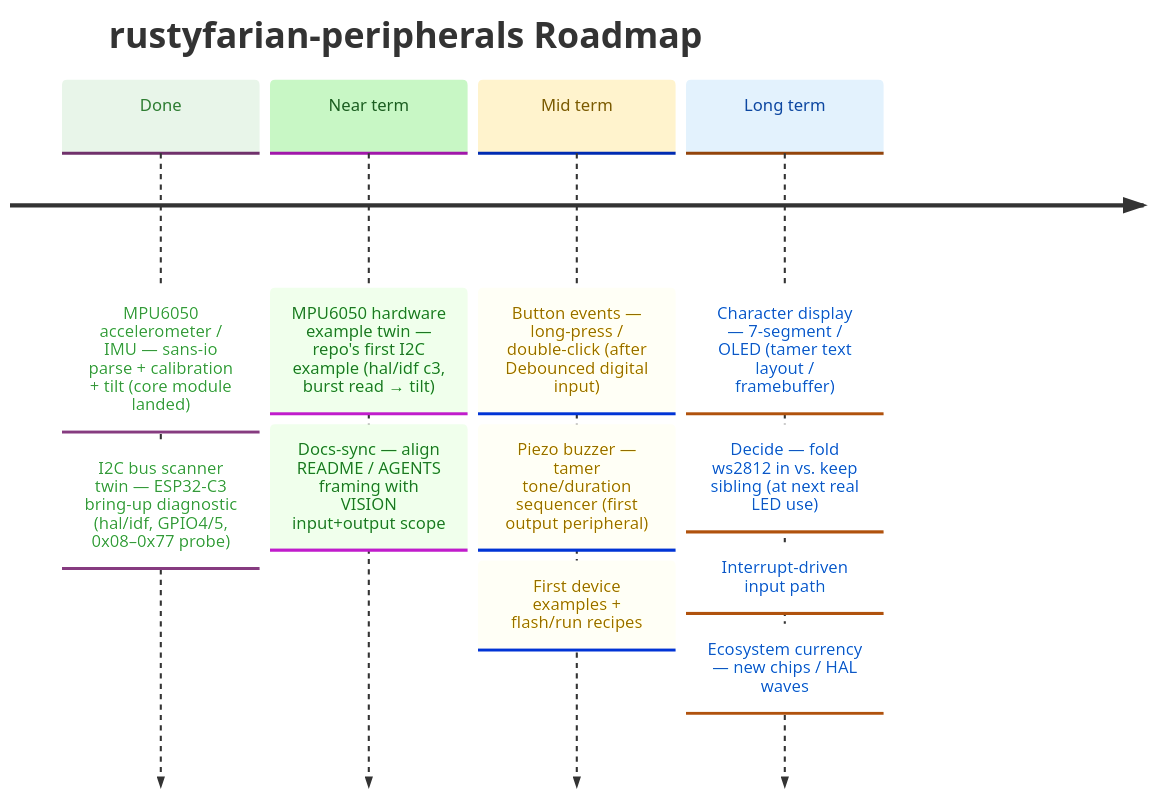
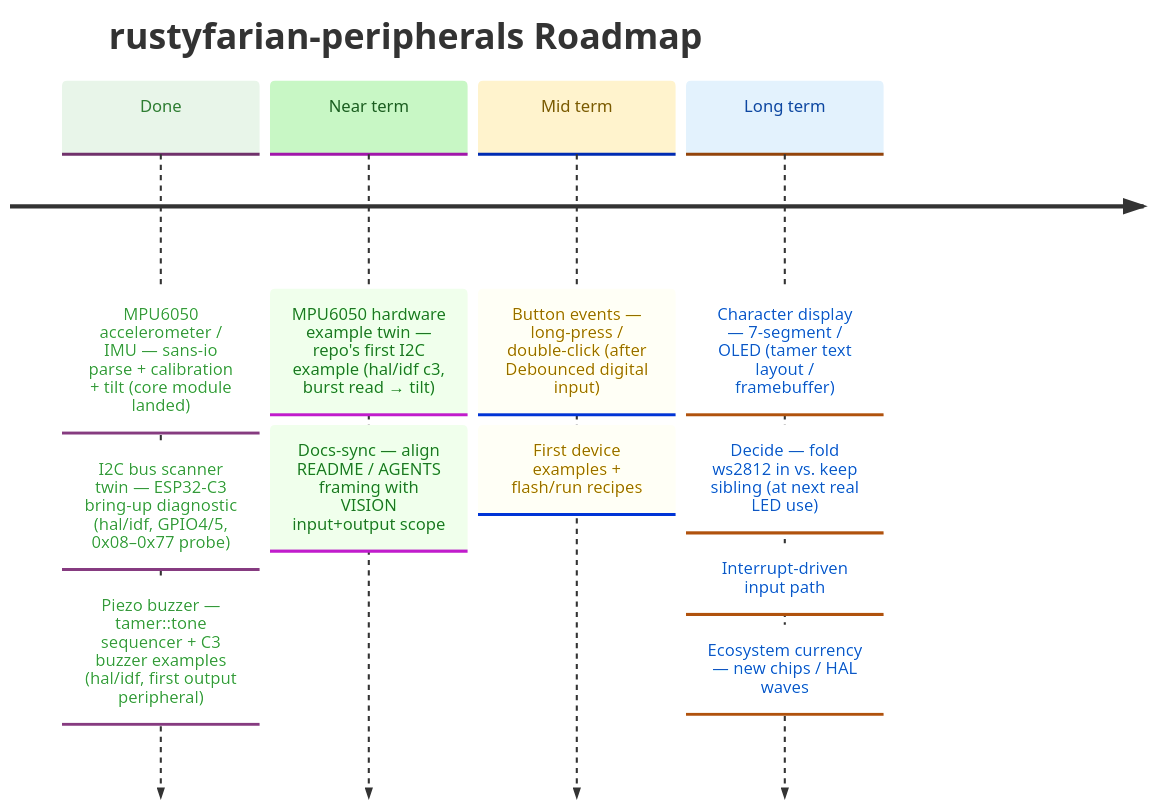
Before and after one commit to datenkollektiv/rustyfarian-peripherals: the diagram in docs/ROADMAP.md, drawn with Mermaid. The commit also changed other lines of this file and 10 other files, not shown here.

First line of the commit message:
Add `tamer::tone` for pure tone/duration sequencing

````diff
--- a/docs/ROADMAP.md
+++ b/docs/ROADMAP.md
@@ -16,33 +16,33 @@
 ```mermaid
 %%{init: {
   "theme": "base",
   "themeVariables": {
     "cScale0": "#e8f5e9",
     "cScaleLabel0": "#2e7d32",
     "cScale1": "#c8f7c5",
     "cScaleLabel1": "#1b5e20",
     "cScale2": "#fff3cd",
     "cScaleLabel2": "#7a5a00",
     "cScale3": "#e3f2fd",
     "cScaleLabel3": "#0d47a1"
   }
 }}%%
 
 timeline
     title rustyfarian-peripherals Roadmap
 
     Done      : MPU6050 accelerometer / IMU — sans-io parse + calibration + tilt (core module landed)
               : I2C bus scanner twin — ESP32-C3 bring-up diagnostic (hal/idf, GPIO4/5, 0x08–0x77 probe)
+              : Piezo buzzer — tamer::tone sequencer + C3 buzzer examples (hal/idf, first output peripheral)
 
     Near term : MPU6050 hardware example twin — repo's first I2C example (hal/idf c3, burst read → tilt)
               : Docs-sync — align README / AGENTS framing with VISION input+output scope
 
     Mid term  : Button events — long-press / double-click (after Debounced digital input)
-              : Piezo buzzer — tamer tone/duration sequencer (first output peripheral)
               : First device examples + flash/run recipes
 
     Long term : Character display — 7-segment / OLED (tamer text layout / framebuffer)
               : Decide — fold ws2812 in vs. keep sibling (at next real LED use)
               : Interrupt-driven input path
               : Ecosystem currency — new chips / HAL waves
 ```
````
